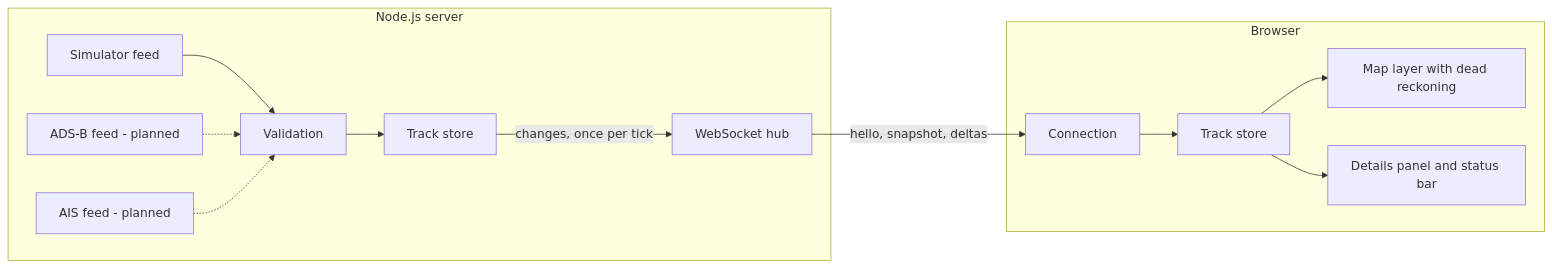
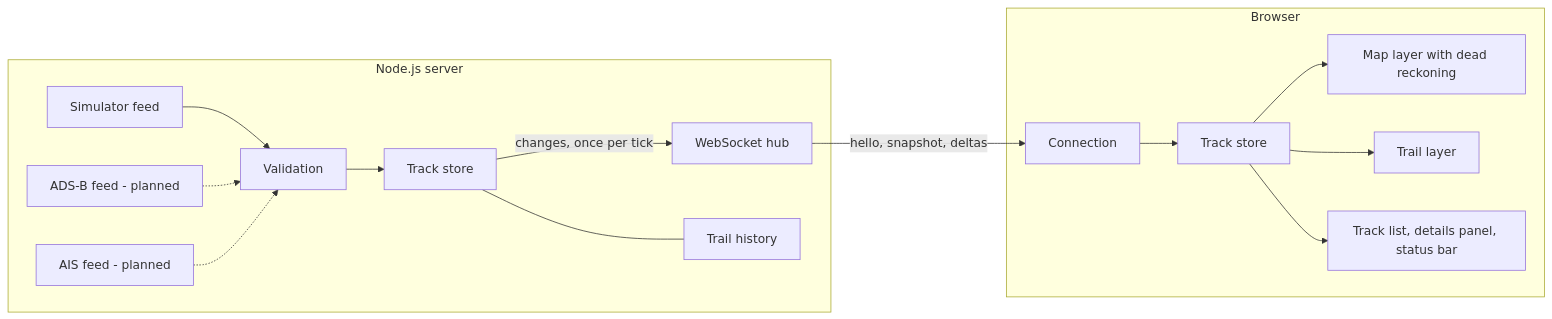
Before and after one commit to AbrahamSabu/portfolio: the diagram in README.md, drawn with Mermaid. The commit also changed other lines of this file and 2 other files, not shown here.

First line of the commit message:
Document trails and the track list; add a README screenshot

````diff
--- a/README.md
+++ b/README.md
@@ -48,16 +60,18 @@
 ```mermaid
 flowchart LR
   subgraph Server [Node.js server]
     SIM[Simulator feed] --> SINK
     ADSB[ADS-B feed - planned] -.-> SINK
     AIS[AIS feed - planned] -.-> SINK
     SINK[Validation] --> STORE[Track store]
     STORE -->|changes, once per tick| HUB[WebSocket hub]
+    STORE --- HIST[Trail history]
   end
   HUB -->|hello, snapshot, deltas| CLIENT
   subgraph Browser
     CLIENT[Connection] --> CSTORE[Track store]
     CSTORE --> LAYER[Map layer with dead reckoning]
-    CSTORE --> PANEL[Details panel and status bar]
+    CSTORE --> TRAILS[Trail layer]
+    CSTORE --> PANEL[Track list, details panel, status bar]
   end
 ```
````
